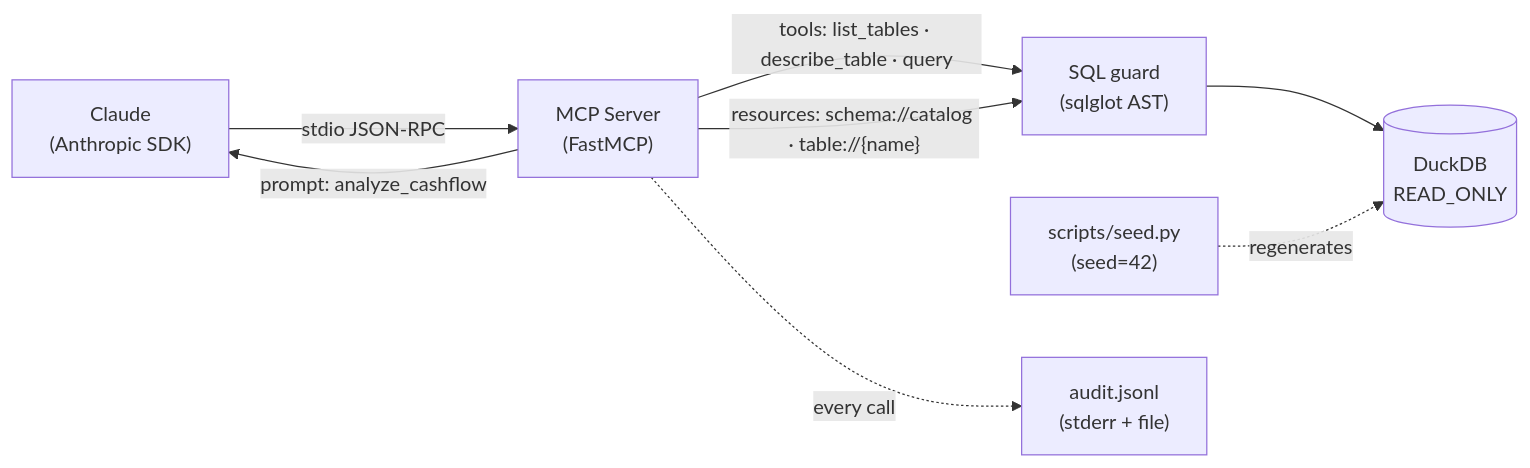
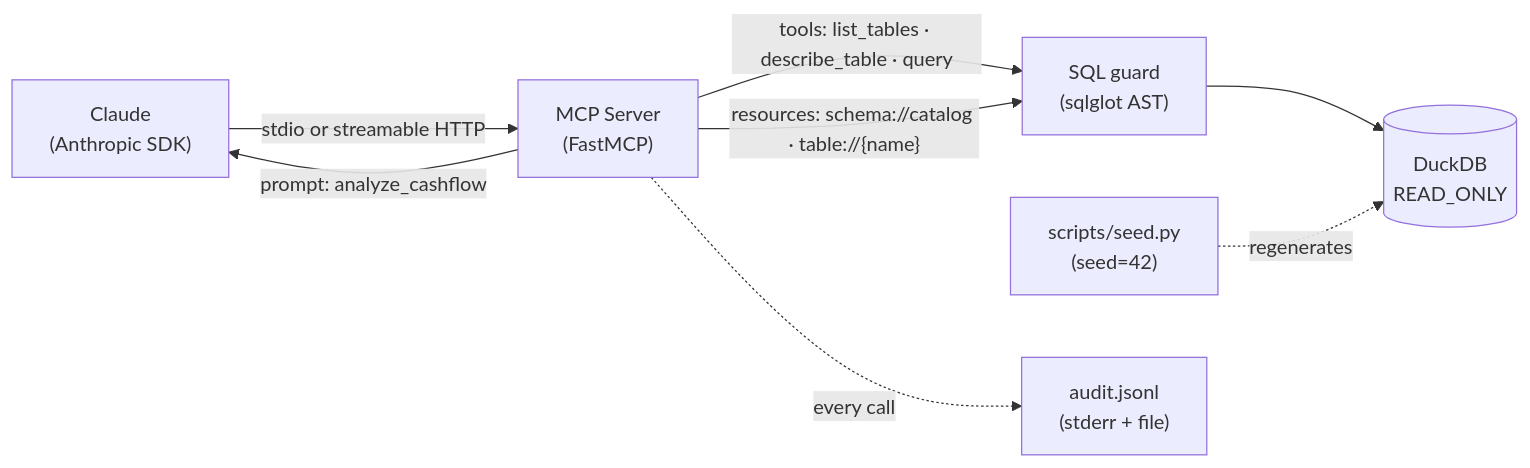
One commit to Shimiyahya/mcp-data-warehouse-server changed the first of 3 diagrams in README.md. Above: the diagram before and after it, drawn with Mermaid. The commit also changed other lines of this file and 2 other files, not shown here.

````diff
--- a/README.md
+++ b/README.md
@@ -23,10 +23,10 @@
 ```mermaid
 flowchart LR
-    A["Claude<br/>(Anthropic SDK)"] -- "stdio JSON-RPC" --> B["MCP Server<br/>(FastMCP)"]
+    A["Claude<br/>(Anthropic SDK)"] -- "stdio or streamable HTTP" --> B["MCP Server<br/>(FastMCP)"]
     B -- "tools: list_tables · describe_table · query" --> C
     B -- "resources: schema://catalog · table://{name}" --> C
     B -- "prompt: analyze_cashflow" --> A
     C["SQL guard<br/>(sqlglot AST)"] --> D[("DuckDB<br/>READ_ONLY")]
     E["scripts/seed.py<br/>(seed=42)"] -. "regenerates" .-> D
     B -. "every call" .-> F["audit.jsonl<br/>(stderr + file)"]
 ```
````
